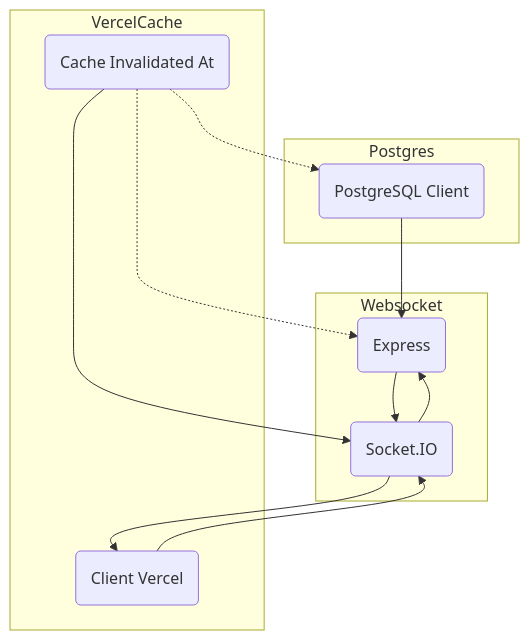
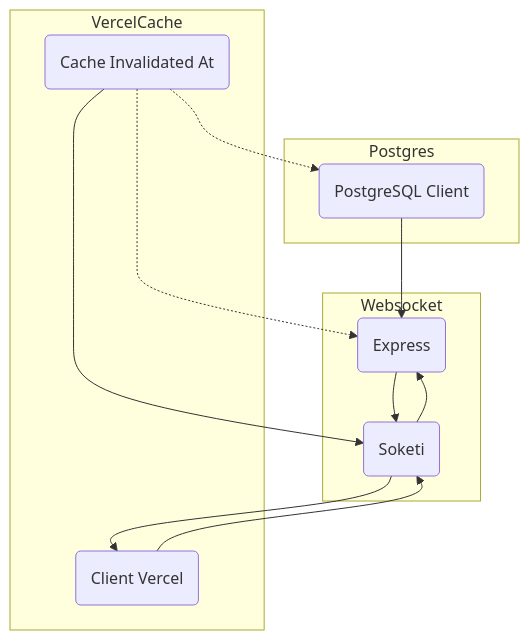
Before and after one commit to LuigiClemente/cube_zammad: the diagram in postgres_caching_vercel.md, drawn with Mermaid. The commit also changed other lines of this file, not shown here.

````diff
--- a/postgres_caching_vercel.md
+++ b/postgres_caching_vercel.md
@@ -1,28 +1,28 @@
 ```mermaid
 flowchart TD
 
 subgraph Postgres
   pgClient(PostgreSQL Client)
 end
 
 subgraph Websocket
   express(Express)
-  socketIo(Socket.IO)
+  soketi(Soketi)
 end
 
 subgraph VercelCache
   clientVercel(Client Vercel)
   cacheInvalidatedAt(Cache Invalidated At)
 end
 
 pgClient --> express
-express --> socketIo
-socketIo --> express
-socketIo --> clientVercel
+express --> soketi
+soketi --> express
+soketi --> clientVercel
 
-clientVercel --> socketIo
+clientVercel --> soketi
 
-cacheInvalidatedAt --> socketIo
+cacheInvalidatedAt --> soketi
 cacheInvalidatedAt -.-> express
 cacheInvalidatedAt -.-> pgClient
 ```
````
